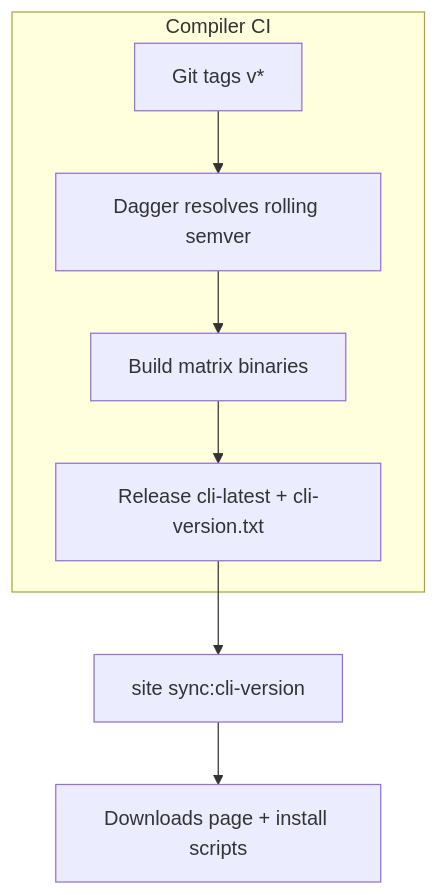
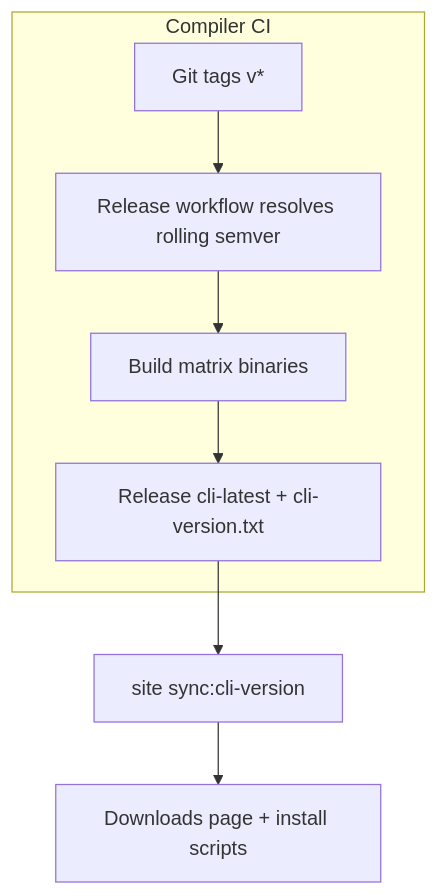
One commit to Cyber-Nomad-Collective/beskid changed the diagram in site/website/src/content/docs/book/01-it-works-on-my-machine/downloads-and-releases.md. Above: the diagram before and after it, drawn with Mermaid. The commit also changed other lines of this file and 3556 other files, not shown here.

````diff
--- a/site/website/src/content/docs/book/01-it-works-on-my-machine/downloads-and-releases.md
+++ b/site/website/src/content/docs/book/01-it-works-on-my-machine/downloads-and-releases.md
@@ -13,10 +13,10 @@
 ```mermaid
 flowchart TD
   subgraph ci [Compiler CI]
-    T[Git tags v*] --> V[Dagger resolves rolling semver]
+    T[Git tags v*] --> V[Release workflow resolves rolling semver]
     V --> B[Build matrix binaries]
     B --> R[Release cli-latest + cli-version.txt]
   end
   R --> S[site sync:cli-version]
   S --> D[Downloads page + install scripts]
 ```
````
